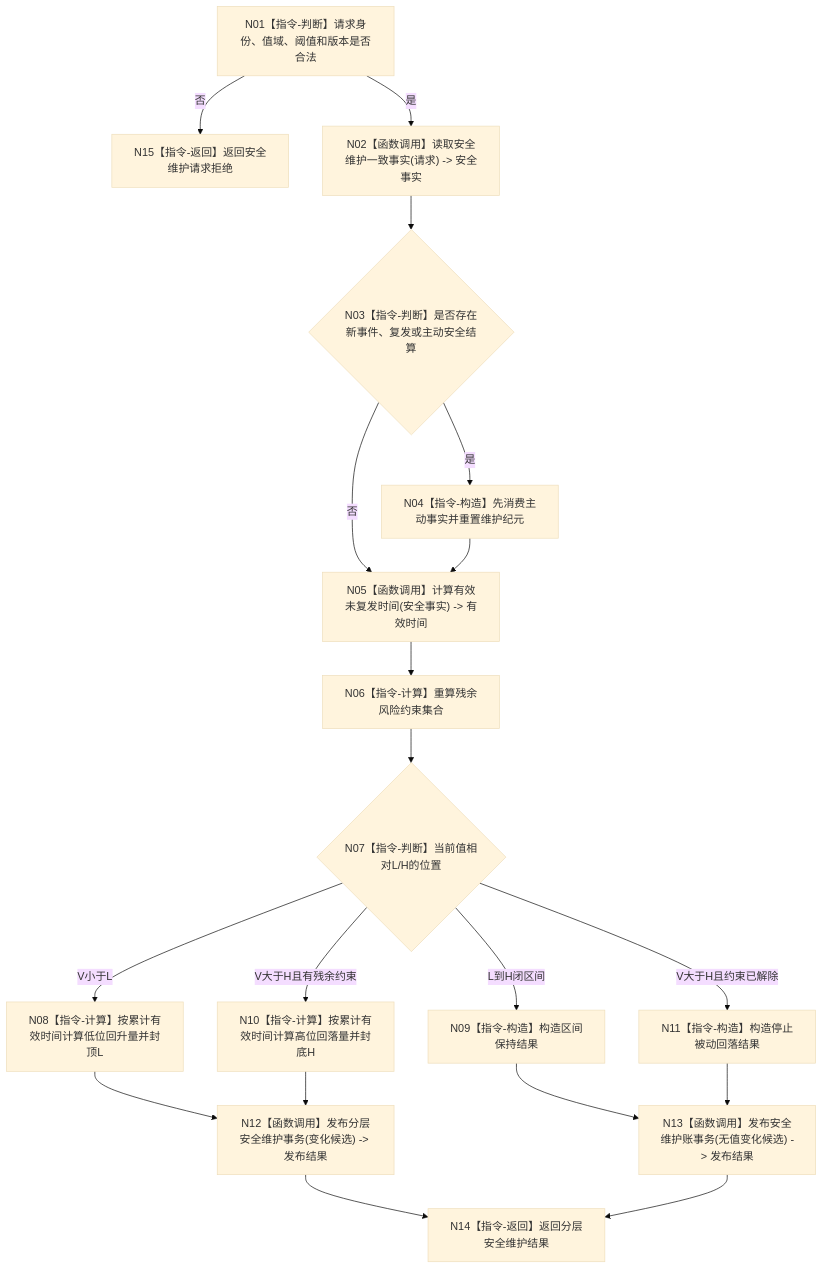
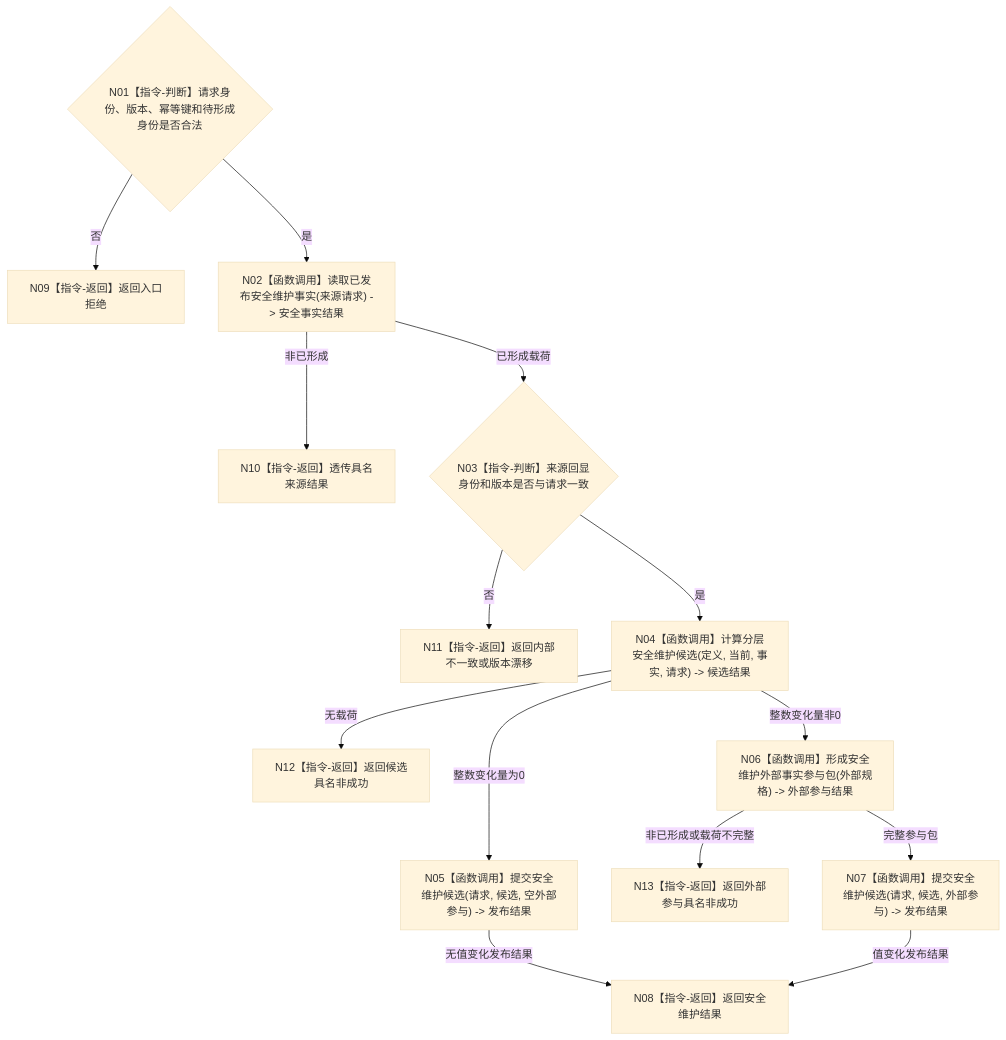
The diagram in 流程图/目标业务流程图/L2/BIZ-L2-003-01_维护分层安全值_目标函数流程图_v0.1.md (chunhaizh-cyber/HY-Ego), drawn with Mermaid (base theme) before and after one commit. The commit also changed other lines of this file and 464 other files, not shown here.

Commit message:
流程图：发布多线程目标业务设计基线

````diff
--- a/流程图/目标业务流程图/L2/BIZ-L2-003-01_维护分层安全值_目标函数流程图_v0.1.md
+++ b/流程图/目标业务流程图/L2/BIZ-L2-003-01_维护分层安全值_目标函数流程图_v0.1.md
@@ -32,21 +32,16 @@
 ```mermaid
 flowchart TD
-    N01["N01【指令-判断】请求身份、值域、阈值和版本是否合法"] -->|"否"| N15["N15【指令-返回】返回安全维护请求拒绝"]
-    N01 -->|"是"| N02["N02【函数调用】读取安全维护一致事实(请求) -> 安全事实"]
-    N02 --> N03{"N03【指令-判断】是否存在新事件、复发或主动安全结算"}
-    N03 -->|"是"| N04["N04【指令-构造】先消费主动事实并重置维护纪元"]
-    N03 -->|"否"| N05["N05【函数调用】计算有效未复发时间(安全事实) -> 有效时间"]
-    N04 --> N05
-    N05 --> N06["N06【指令-计算】重算残余风险约束集合"]
-    N06 --> N07{"N07【指令-判断】当前值相对L/H的位置"}
-    N07 -->|"V小于L"| N08["N08【指令-计算】按累计有效时间计算低位回升量并封顶L"]
-    N07 -->|"L到H闭区间"| N09["N09【指令-构造】构造区间保持结果"]
-    N07 -->|"V大于H且有残余约束"| N10["N10【指令-计算】按累计有效时间计算高位回落量并封底H"]
-    N07 -->|"V大于H且约束已解除"| N11["N11【指令-构造】构造停止被动回落结果"]
-    N08 --> N12["N12【函数调用】发布分层安全维护事务(变化候选) -> 发布结果"]
-    N10 --> N12
-    N09 --> N13["N13【函数调用】发布安全维护账事务(无值变化候选) -> 发布结果"]
-    N11 --> N13
-    N12 --> N14["N14【指令-返回】返回分层安全维护结果"]
-    N13 --> N14
+    N01{"N01【指令-判断】请求身份、版本、幂等键和待形成身份是否合法"} -->|否| N09["N09【指令-返回】返回入口拒绝"]
+    N01 -->|是| N02["N02【函数调用】读取已发布安全维护事实(来源请求) -> 安全事实结果"]
+    N02 -->|非已形成| N10["N10【指令-返回】透传具名来源结果"]
+    N02 -->|已形成载荷| N03{"N03【指令-判断】来源回显身份和版本是否与请求一致"}
+    N03 -->|否| N11["N11【指令-返回】返回内部不一致或版本漂移"]
+    N03 -->|是| N04["N04【函数调用】计算分层安全维护候选(定义, 当前, 事实, 请求) -> 候选结果"]
+    N04 -->|无载荷| N12["N12【指令-返回】返回候选具名非成功"]
+    N04 -->|整数变化量为0| N05["N05【函数调用】提交安全维护候选(请求, 候选, 空外部参与) -> 发布结果"]
+    N04 -->|整数变化量非0| N06["N06【函数调用】形成安全维护外部事实参与包(外部规格) -> 外部参与结果"]
+    N06 -->|非已形成或载荷不完整| N13["N13【指令-返回】返回外部参与具名非成功"]
+    N06 -->|完整参与包| N07["N07【函数调用】提交安全维护候选(请求, 候选, 外部参与) -> 发布结果"]
+    N05 -->|无值变化发布结果| N08["N08【指令-返回】返回安全维护结果"]
+    N07 -->|值变化发布结果| N08
 ```
````
